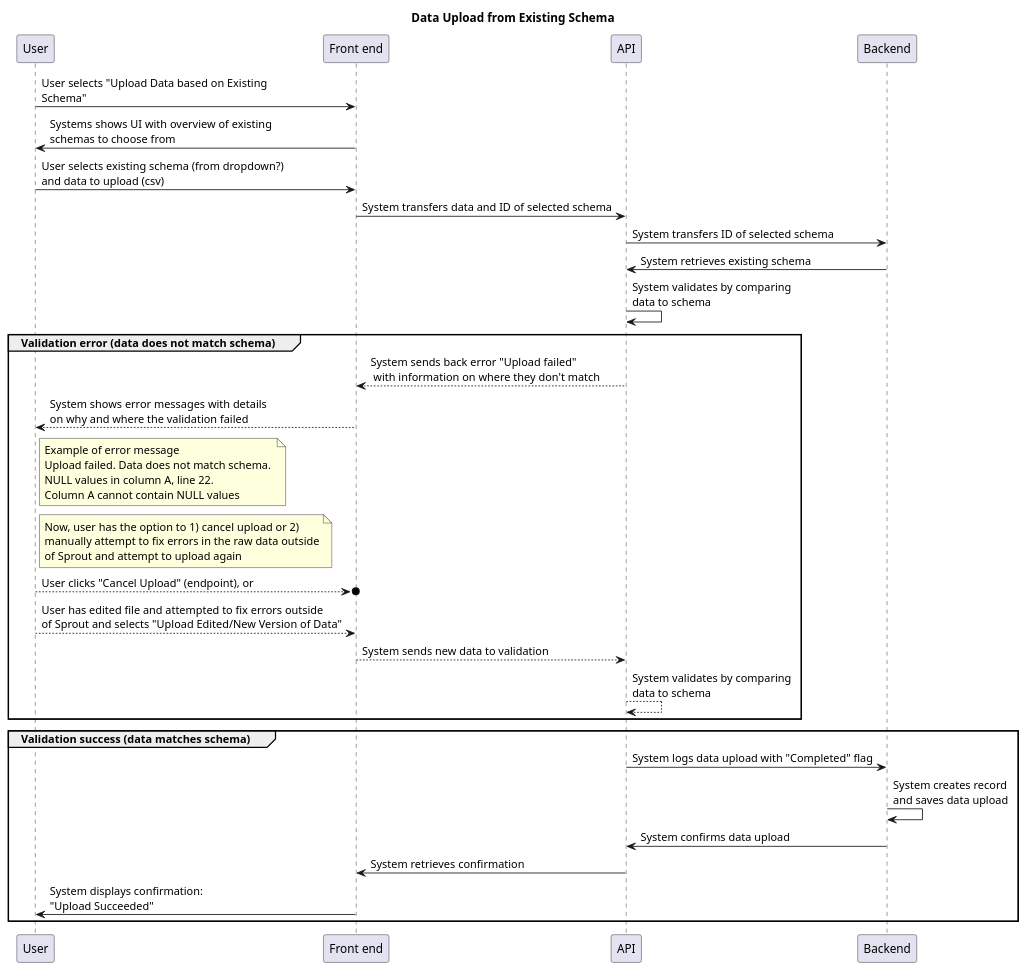
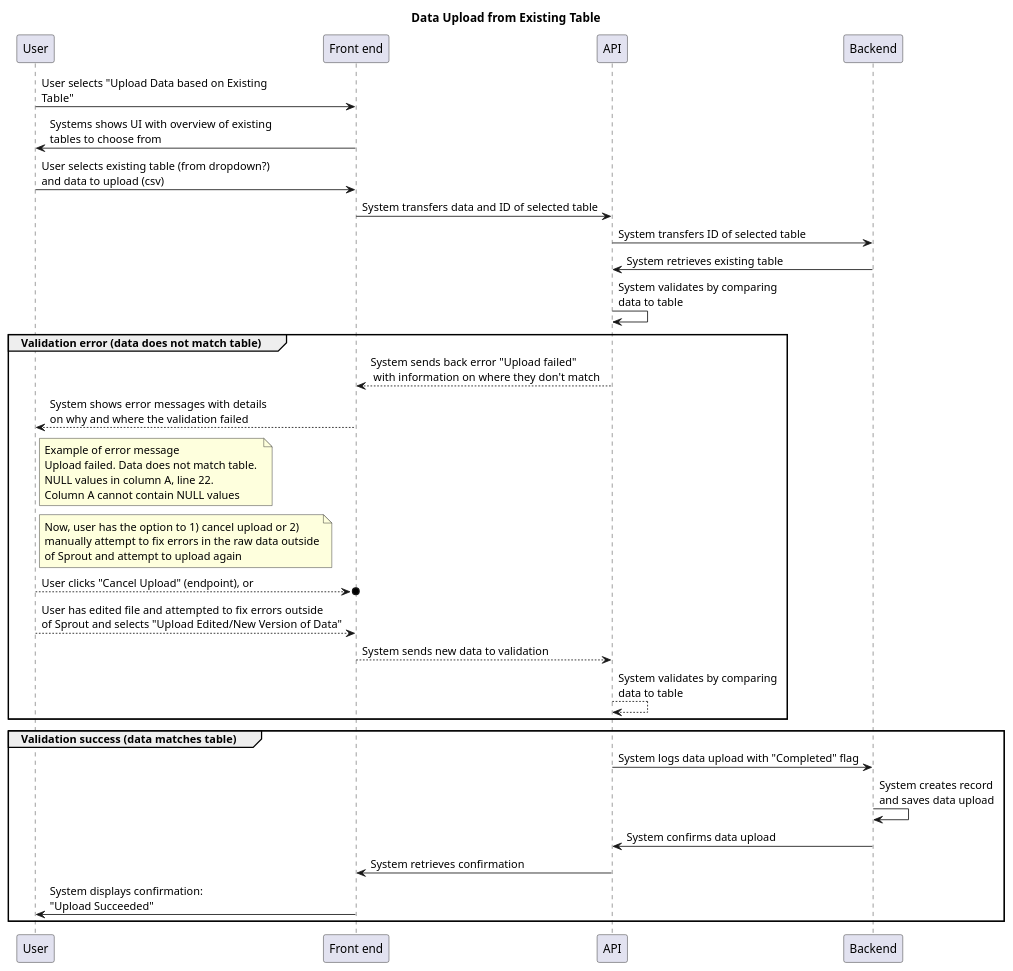
One commit to signekb/seedcase-sprout changed the diagram in docs/design/images/data-upload-sequence.puml. Above: the diagram before and after it, drawn with PlantUML. The commit also changed 10 other files, not shown here.

Commit message:
fix: replace "schema(s)" with "table(s)" in all files related to user flow

```diff
--- a/docs/design/images/data-upload-sequence.puml
+++ b/docs/design/images/data-upload-sequence.puml
@@ -1,46 +1,46 @@
 @startuml data-upload-sequence
 
 ' TODO: Need to update this
 
-title Data Upload from Existing Schema
+title Data Upload from Existing Table
 participant "User" as u
 participant "Front end" as f
 participant "API" as api
 participant "Backend" as b
 
-u -> f: User selects "Upload Data based on Existing\nSchema"
-f -> u: Systems shows UI with overview of existing\nschemas to choose from
-u -> f: User selects existing schema (from dropdown?)\nand data to upload (csv)
-f -> api: System transfers data and ID of selected schema
-api -> b: System transfers ID of selected schema 
-b -> api: System retrieves existing schema
-api -> api: System validates by comparing\ndata to schema
+u -> f: User selects "Upload Data based on Existing\nTable"
+f -> u: Systems shows UI with overview of existing\ntables to choose from
+u -> f: User selects existing table (from dropdown?)\nand data to upload (csv)
+f -> api: System transfers data and ID of selected table
+api -> b: System transfers ID of selected table 
+b -> api: System retrieves existing table
+api -> api: System validates by comparing\ndata to table
 
-group Validation error (data does not match schema)
+group Validation error (data does not match table)
     api --> f: System sends back error "Upload failed"\n with information on where they don't match
     f --> u: System shows error messages with details\non why and where the validation failed
     note right of u
         Example of error message 
-        Upload failed. Data does not match schema. 
+        Upload failed. Data does not match table. 
         NULL values in column A, line 22. 
         Column A cannot contain NULL values
     end note
     note right of u
         Now, user has the option to 1) cancel upload or 2)
         manually attempt to fix errors in the raw data outside
         of Sprout and attempt to upload again
     end note
     u -->o f: User clicks "Cancel Upload" (endpoint), or
     u --> f: User has edited file and attempted to fix errors outside\nof Sprout and selects "Upload Edited/New Version of Data"
     f --> api: System sends new data to validation 
-    api --> api: System validates by comparing\ndata to schema
+    api --> api: System validates by comparing\ndata to table
 end
-group Validation success (data matches schema)
+group Validation success (data matches table)
     api -> b: System logs data upload with "Completed" flag
     b -> b : System creates record\nand saves data upload
     b -> api: System confirms data upload
     api -> f: System retrieves confirmation
     f -> u: System displays confirmation:\n"Upload Succeeded"
 end
 
 @enduml
```
